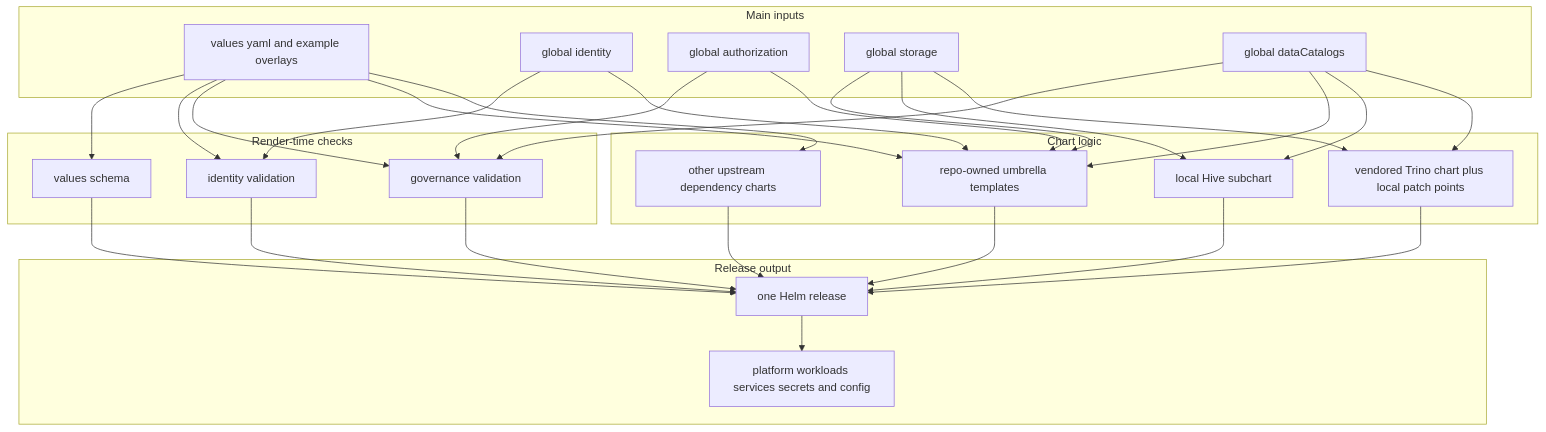
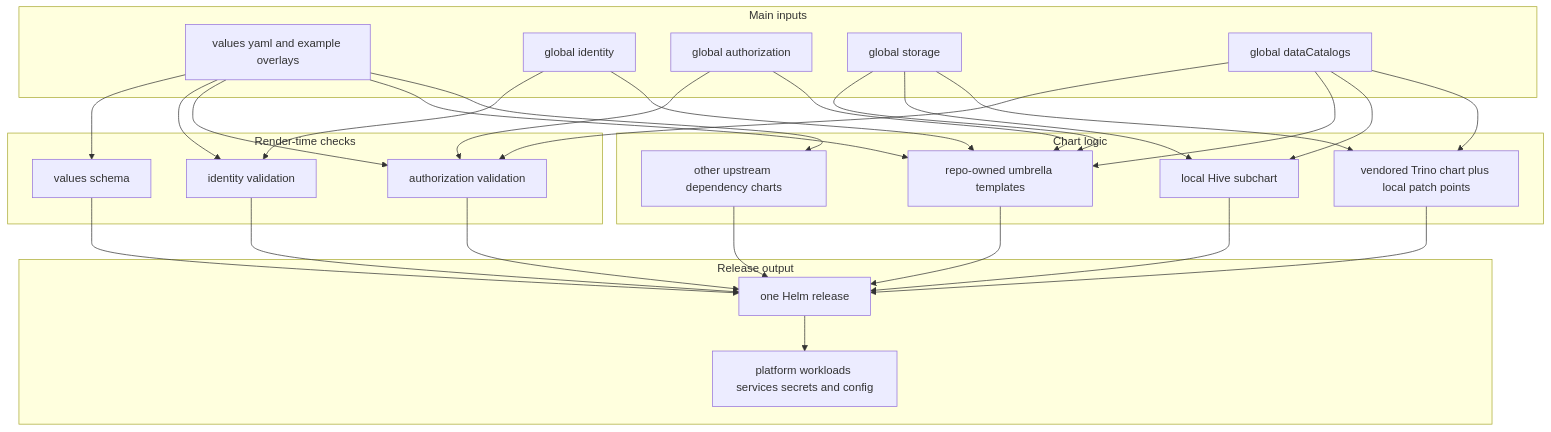
One commit to sanger-pathogens/dlh-in-a-box-umbrella-helm-chart changed the second of 7 diagrams in docs/umbrella-chart-manual.md. Above: the diagram before and after it, drawn with Mermaid. The commit also changed other lines of this file and 28 other files, not shown here.

````diff
--- a/docs/umbrella-chart-manual.md
+++ b/docs/umbrella-chart-manual.md
@@ -335,53 +335,53 @@
 ```mermaid
 flowchart TD
   subgraph Inputs["Main inputs"]
     Values[values yaml and example overlays]
     Identity[global identity]
     Authorization[global authorization]
     Storage[global storage]
     Catalogs[global dataCatalogs]
   end
 
   subgraph Validation["Render-time checks"]
     Schema[values schema]
     IdentityValidation[identity validation]
-    GovernanceValidation[governance validation]
+    AuthorizationValidation[authorization validation]
   end
 
   subgraph ChartLogic["Chart logic"]
     UmbrellaTemplates[repo-owned umbrella templates]
     LocalHive[local Hive subchart]
     VendoredTrino[vendored Trino chart plus local patch points]
     DependencyCharts[other upstream dependency charts]
   end
 
   subgraph Output["Release output"]
     Release[one Helm release]
     Runtime[platform workloads services secrets and config]
   end
 
   Values --> Schema
   Values --> IdentityValidation
-  Values --> GovernanceValidation
+  Values --> AuthorizationValidation
   Identity --> IdentityValidation
-  Authorization --> GovernanceValidation
-  Catalogs --> GovernanceValidation
+  Authorization --> AuthorizationValidation
+  Catalogs --> AuthorizationValidation
   Values --> UmbrellaTemplates
   Identity --> UmbrellaTemplates
   Authorization --> UmbrellaTemplates
   Storage --> UmbrellaTemplates
   Catalogs --> UmbrellaTemplates
   Catalogs --> LocalHive
   Catalogs --> VendoredTrino
   Storage --> LocalHive
   Storage --> VendoredTrino
   Values --> DependencyCharts
   Schema --> Release
   IdentityValidation --> Release
-  GovernanceValidation --> Release
+  AuthorizationValidation --> Release
   UmbrellaTemplates --> Release
   LocalHive --> Release
   VendoredTrino --> Release
   DependencyCharts --> Release
   Release --> Runtime
 ```
````
